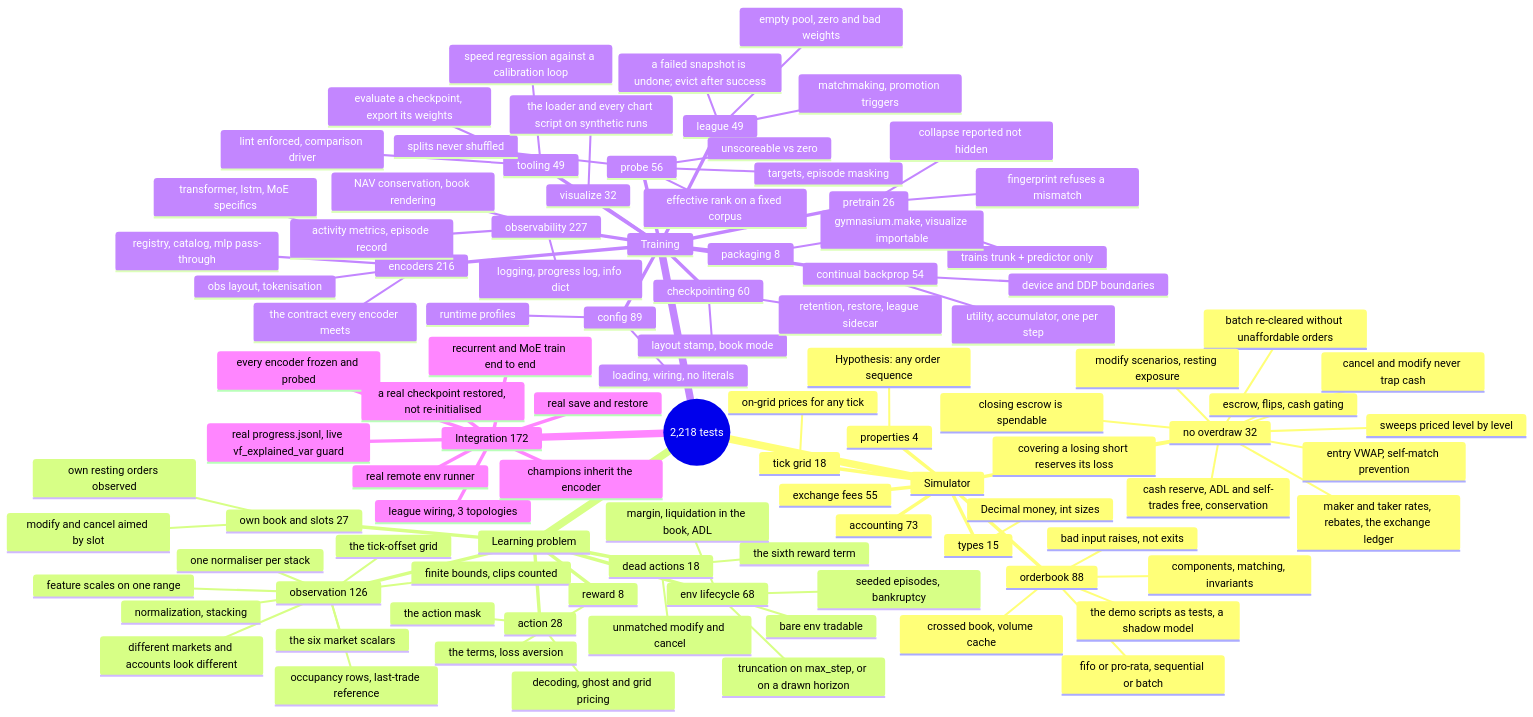
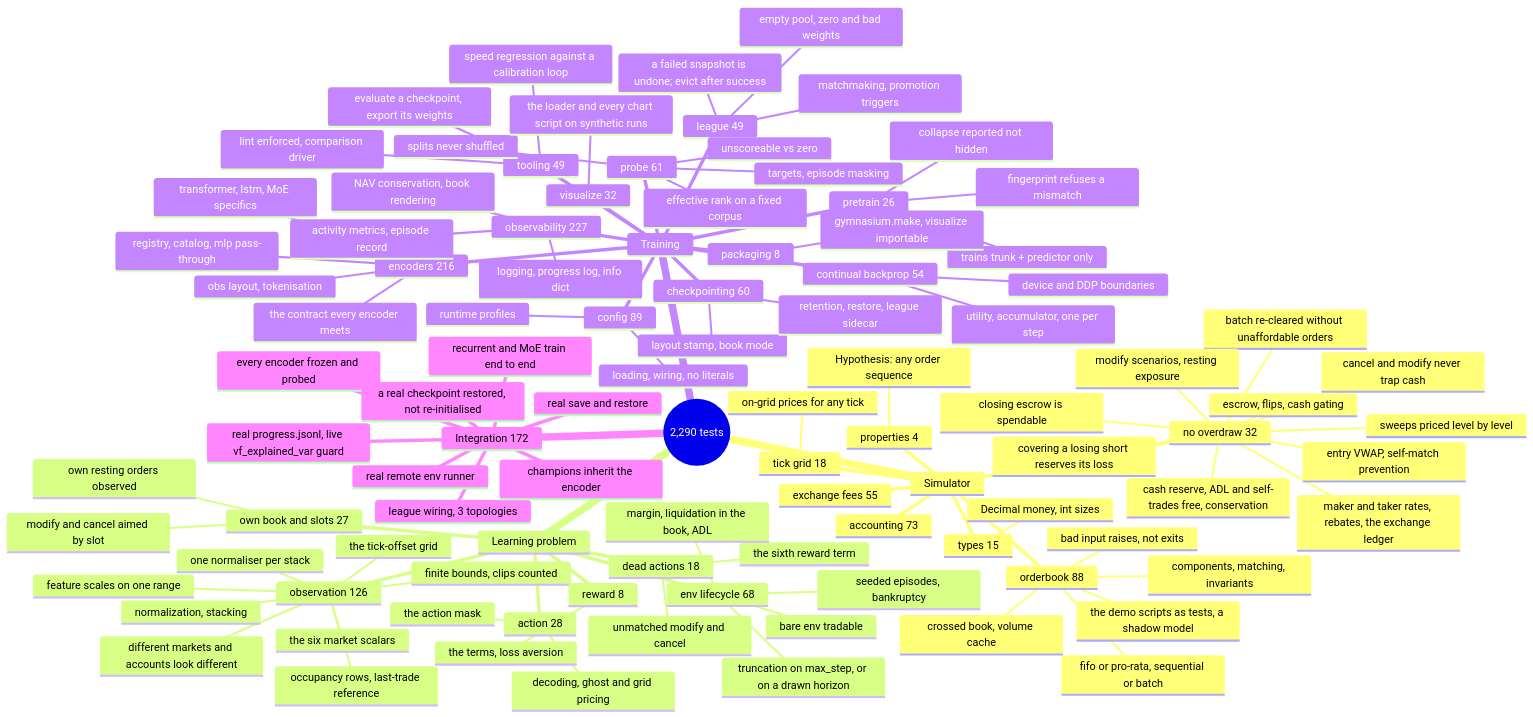
Before and after one commit to ChuaCheowHuan/gym-continuousDoubleAuction: the diagram in doc/10_testing.md, drawn with Mermaid. The commit also changed other lines of this file and 12 other files, not shown here.

````diff
--- a/doc/10_testing.md
+++ b/doc/10_testing.md
@@ -170,6 +174,6 @@
 ```mermaid
 mindmap
-  root((2,218 tests))
+  root((2,290 tests))
     Simulator
       orderbook 88
         the demo scripts as tests, a shadow model
@@ -246,7 +250,7 @@
         logging, progress log, info dict
         activity metrics, episode record
         NAV conservation, book rendering
-      probe 56
+      probe 61
         targets, episode masking
         splits never shuffled
         unscoreable vs zero
````
